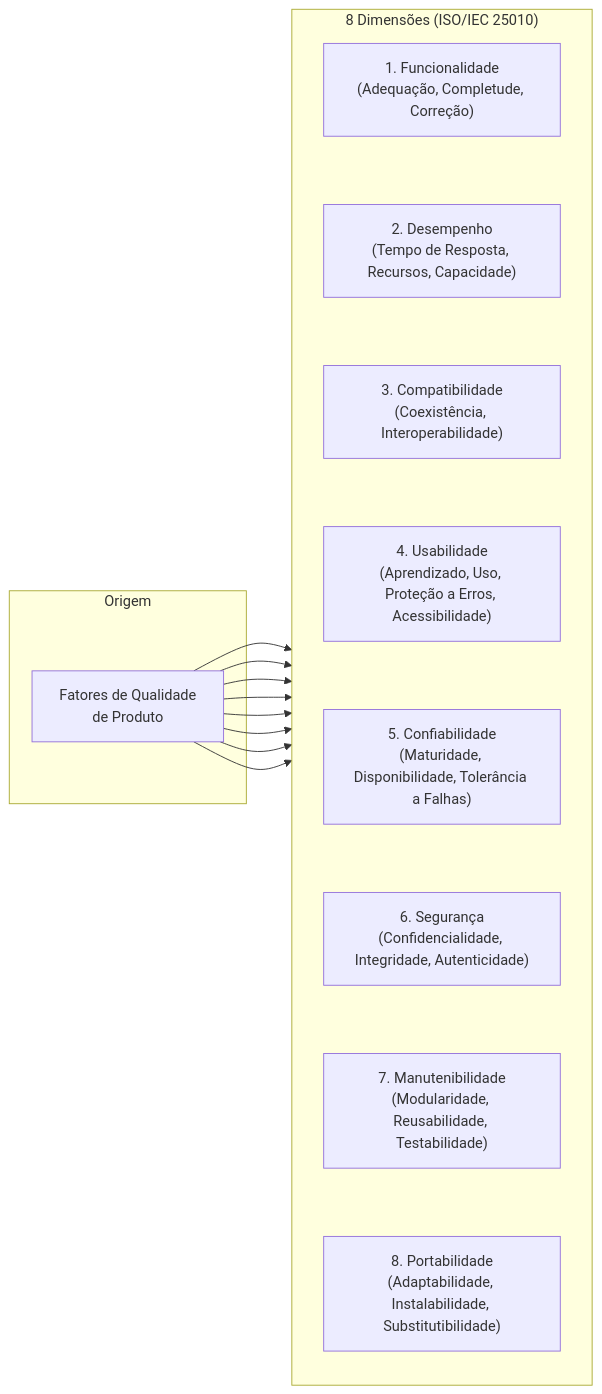
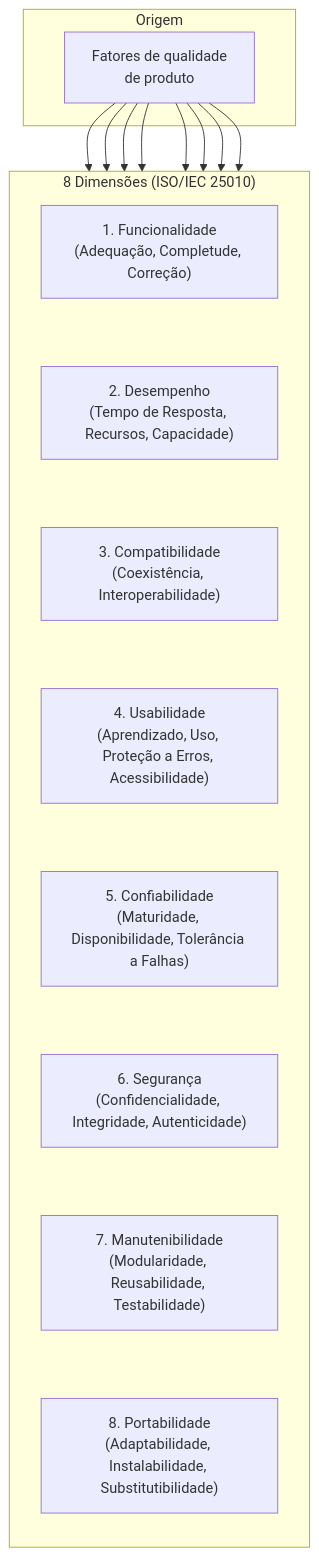
The third of 4 diagrams in 01. Programacao Modular/05. Fatores externos de qualidade de software.md (leorruas/puc), drawn with Mermaid before and after one commit. The commit also changed 7 other files, not shown here.

Commit message:
refactor(mermaid): padroniza engine do app com curve linear para linhas retas, atualiza Regra 9 do AGENTS.md e refatora todos os diagramas LR para TD vertical em todo o vault

````diff
--- a/01. Programacao Modular/05. Fatores externos de qualidade de software.md
+++ b/01. Programacao Modular/05. Fatores externos de qualidade de software.md
@@ -154,35 +154,35 @@
 ```mermaid
-flowchart LR
+flowchart TD
     subgraph ColunaEsquerda ["Origem"]
-        Root["Fatores de Qualidade<br>de Produto"]
+        Root["Fatores de qualidade<br>de produto"]
     end
 
     subgraph ColunaDireita ["8 Dimensões (ISO/IEC 25010)"]
         direction TB
         C1["1. Funcionalidade<br>(Adequação, Completude, Correção)"]
         C2["2. Desempenho<br>(Tempo de Resposta, Recursos, Capacidade)"]
         C3["3. Compatibilidade<br>(Coexistência, Interoperabilidade)"]
         C4["4. Usabilidade<br>(Aprendizado, Uso, Proteção a Erros, Acessibilidade)"]
         C5["5. Confiabilidade<br>(Maturidade, Disponibilidade, Tolerância a Falhas)"]
         C6["6. Segurança<br>(Confidencialidade, Integridade, Autenticidade)"]
         C7["7. Manutenibilidade<br>(Modularidade, Reusabilidade, Testabilidade)"]
         C8["8. Portabilidade<br>(Adaptabilidade, Instalabilidade, Substitutibilidade)"]
 
         C1 ~~~ C2
         C2 ~~~ C3
         C3 ~~~ C4
         C4 ~~~ C5
         C5 ~~~ C6
         C6 ~~~ C7
         C7 ~~~ C8
     end
 
     Root --> C1
     Root --> C2
     Root --> C3
     Root --> C4
     Root --> C5
     Root --> C6
     Root --> C7
     Root --> C8
 ```
````
